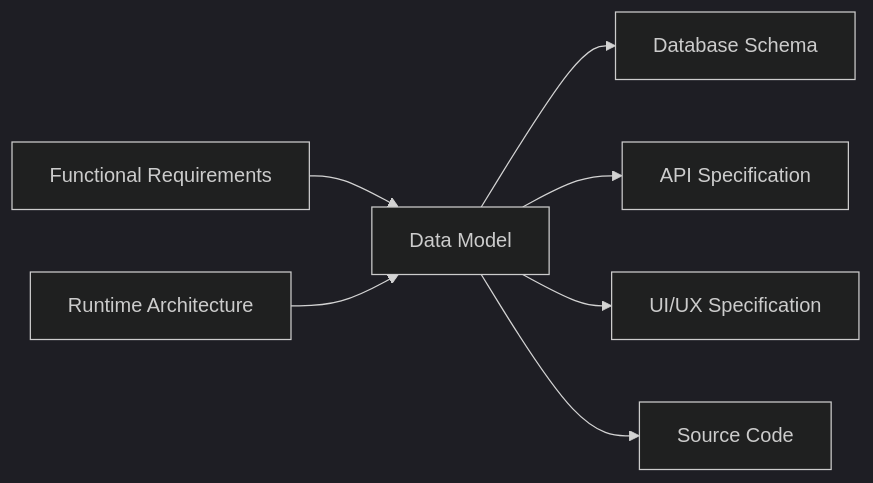
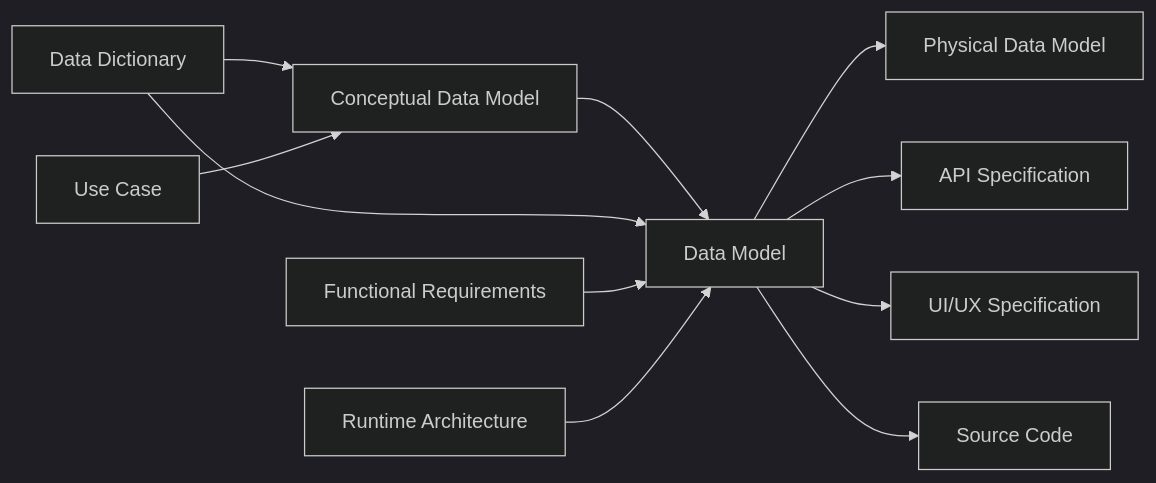
Before and after one commit to mahitotsu/ukiyoue: the sixth of 15 diagrams in specs/artifact-relationships.md, drawn with Mermaid (dark theme). The commit also changed other lines of this file and 27 other files, not shown here.

````diff
--- a/specs/artifact-relationships.md
+++ b/specs/artifact-relationships.md
@@ -369,10 +375,15 @@
 ```mermaid
 graph LR
-    FuncReq[Functional Requirements] --> DataModel[Data Model]
+    DataDict[Data Dictionary] --> ConceptModel[Conceptual Data Model]
+    UseCase[Use Case] --> ConceptModel
+
+    ConceptModel --> DataModel[Data Model]
+    DataDict --> DataModel
+    FuncReq[Functional Requirements] --> DataModel
     RuntimeArch[Runtime Architecture] --> DataModel
 
-    DataModel --> DBSchema[Database Schema]
+    DataModel --> PhysicalData[Physical Data Model]
     DataModel --> API[API Specification]
     DataModel --> UIUX[UI/UX Specification]
     DataModel --> SrcCode[Source Code]
 ```
````
